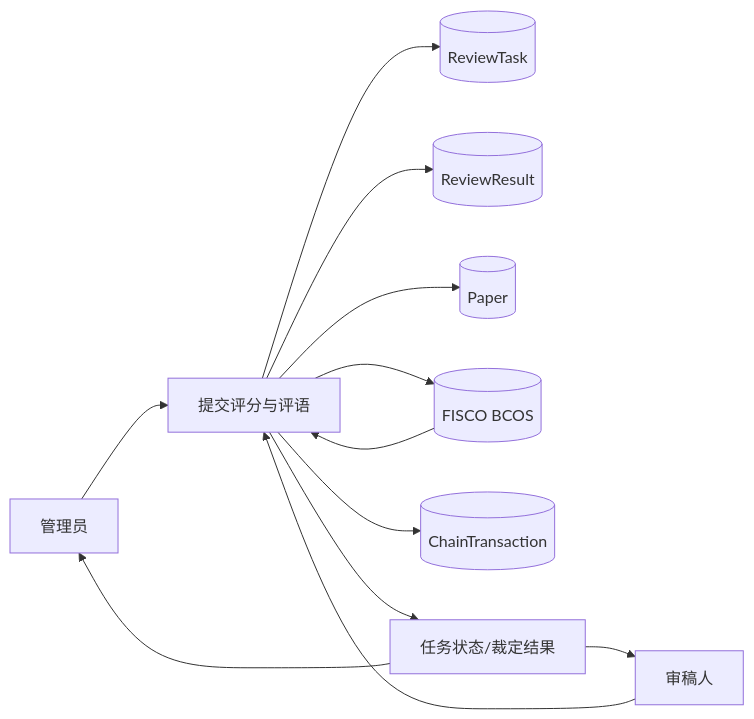
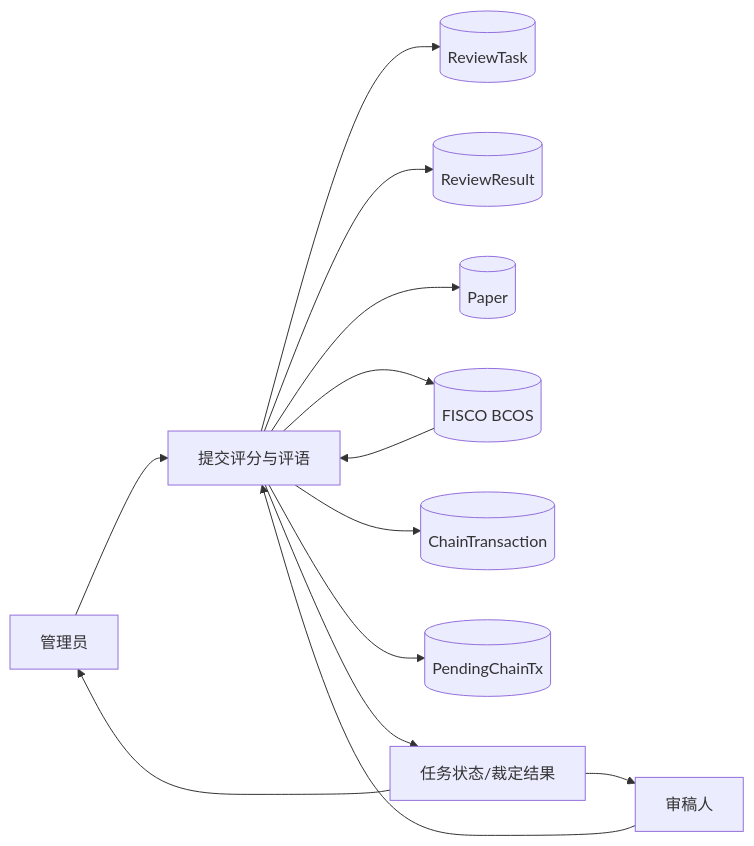
One commit to fs36/ConfChain changed the fourth of 20 diagrams in docs/数据库设计说明书.md. Above: the diagram before and after it, drawn with Mermaid. The commit also changed other lines of this file and 6 other files, not shown here.

````diff
--- a/docs/数据库设计说明书.md
+++ b/docs/数据库设计说明书.md
@@ -158,16 +161,17 @@
 ```mermaid
 graph LR
   M[管理员] --> P3[分配审稿/结果裁定]
   R[审稿人] --> P3[提交评分与评语]
 
   P3 --> D3[(ReviewTask)]
   P3 --> D4[(ReviewResult)]
   P3 --> D2[(Paper)]
   P3 --> C[(FISCO BCOS)]
   C --> P3
   P3 --> D6[(ChainTransaction)]
+  P3 --> D7[(PendingChainTx)]
 
   P3 --> O3[任务状态/裁定结果]
   O3 --> M
   O3 --> R
 ```
````
